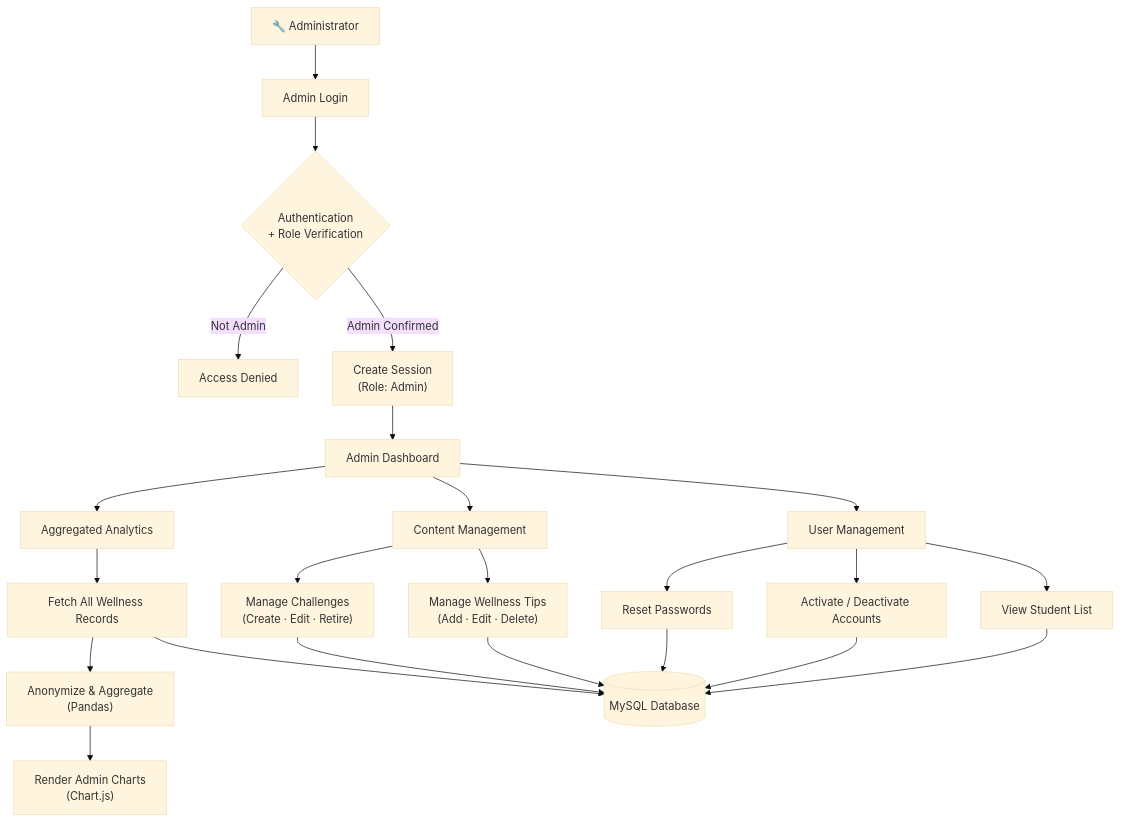
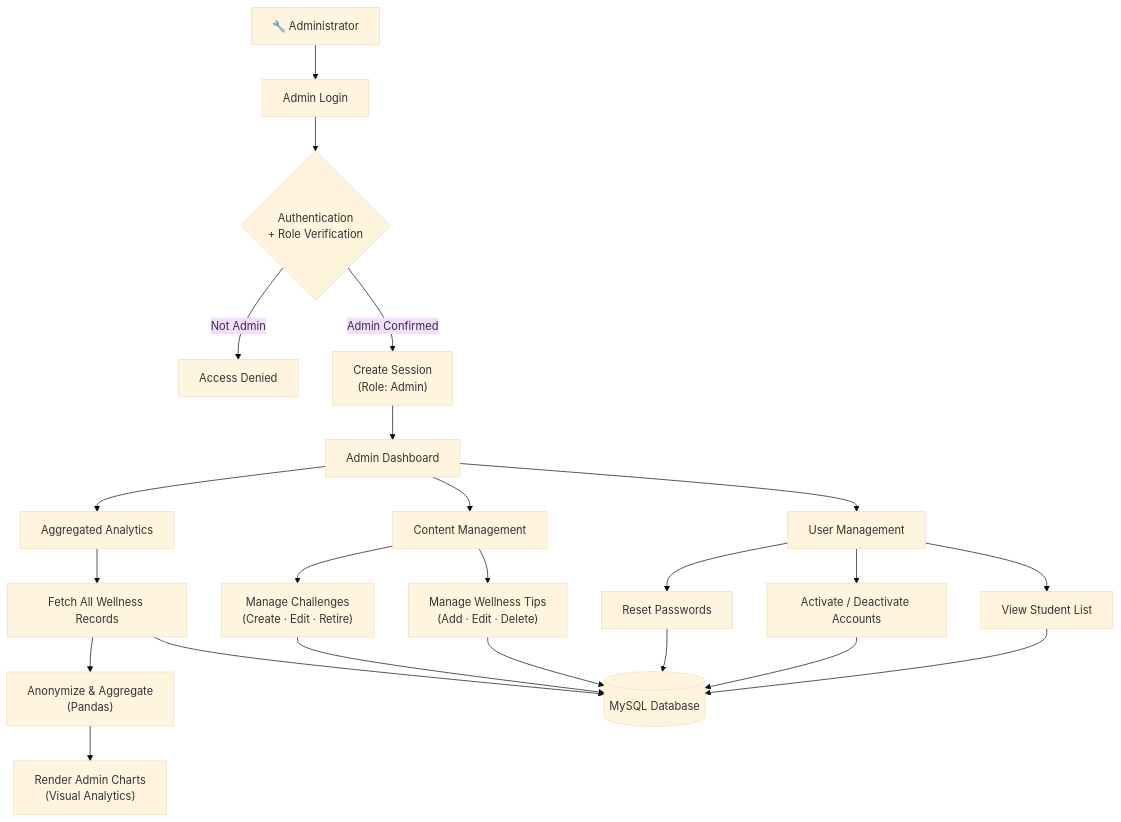
The fifth of 21 diagrams in ARCHITECTURE.md (goxxie08/Wellvia), drawn with Mermaid (base theme) before and after one commit. The commit also changed other lines of this file and 2 other files, not shown here.

````diff
--- a/ARCHITECTURE.md
+++ b/ARCHITECTURE.md
@@ -514,30 +532,30 @@
 ```mermaid
 flowchart TD
     A["🔧 Administrator"] --> B["Admin Login"]
     B --> C{"Authentication<br/>+ Role Verification"}
     C -->|"Not Admin"| D["Access Denied"]
     C -->|"Admin Confirmed"| E["Create Session<br/>(Role: Admin)"]
     E --> F["Admin Dashboard"]
 
     F --> G["User Management"]
     F --> H["Content Management"]
     F --> I["Aggregated Analytics"]
 
     G --> G1["View Student List"]
     G --> G2["Activate / Deactivate Accounts"]
     G --> G3["Reset Passwords"]
 
     H --> H1["Manage Wellness Tips<br/>(Add · Edit · Delete)"]
     H --> H2["Manage Challenges<br/>(Create · Edit · Retire)"]
 
     I --> I1["Fetch All Wellness Records"]
     I1 --> I2["Anonymize & Aggregate<br/>(Pandas)"]
-    I2 --> I3["Render Admin Charts<br/>(Chart.js)"]
+    I2 --> I3["Render Admin Charts<br/>(Visual Analytics)"]
 
     G1 --> DB[("MySQL Database")]
     G2 --> DB
     G3 --> DB
     H1 --> DB
     H2 --> DB
     I1 --> DB
 ```
````
